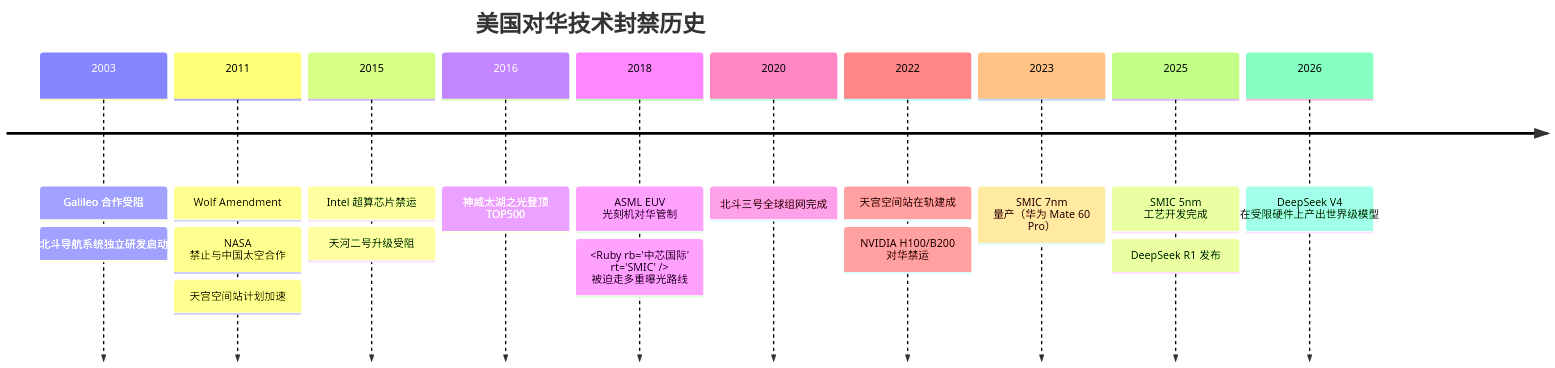
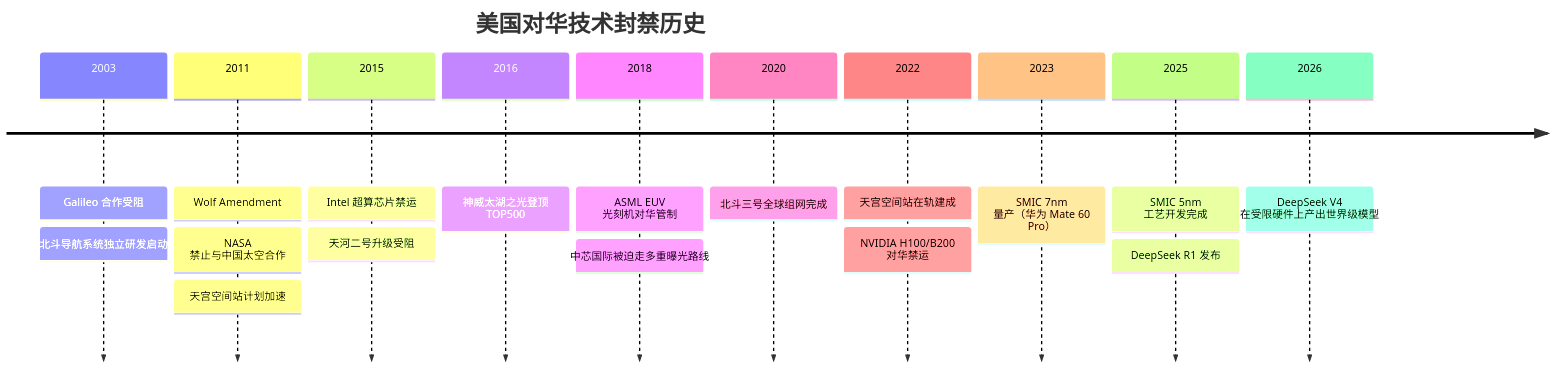
One commit to TeddyHuang-00/teddyhuang-00.github.io changed the fourth of 4 diagrams in content/posts/open-source-in-LLM.zh.mdx. Above: the diagram before and after it, drawn with Mermaid. The commit also changed other lines of this file and 1 other file, not shown here.

Commit message:
fix Ruby usage in mermaid diagram

````diff
--- a/content/posts/open-source-in-LLM.zh.mdx
+++ b/content/posts/open-source-in-LLM.zh.mdx
@@ -245,14 +245,14 @@
 ```mermaid
 timeline
     title 美国对华技术封禁历史
     2003 : Galileo 合作受阻 : 北斗导航系统独立研发启动
     2011 : Wolf Amendment : NASA 禁止与中国太空合作 : 天宫空间站计划加速
     2015 : Intel 超算芯片禁运 : 天河二号升级受阻
     2016 : 神威太湖之光登顶 TOP500
-    2018 : ASML EUV 光刻机对华管制 : <Ruby rb="中芯国际" rt="SMIC" /> 被迫走多重曝光路线
+    2018 : ASML EUV 光刻机对华管制 : 中芯国际被迫走多重曝光路线
     2020 : 北斗三号全球组网完成
     2022 : 天宫空间站在轨建成 : NVIDIA H100/B200 对华禁运
     2023 : SMIC 7nm 量产（华为 Mate 60 Pro）
     2025 : SMIC 5nm 工艺开发完成 : DeepSeek R1 发布
     2026 : DeepSeek V4 在受限硬件上产出世界级模型
 ```
````
